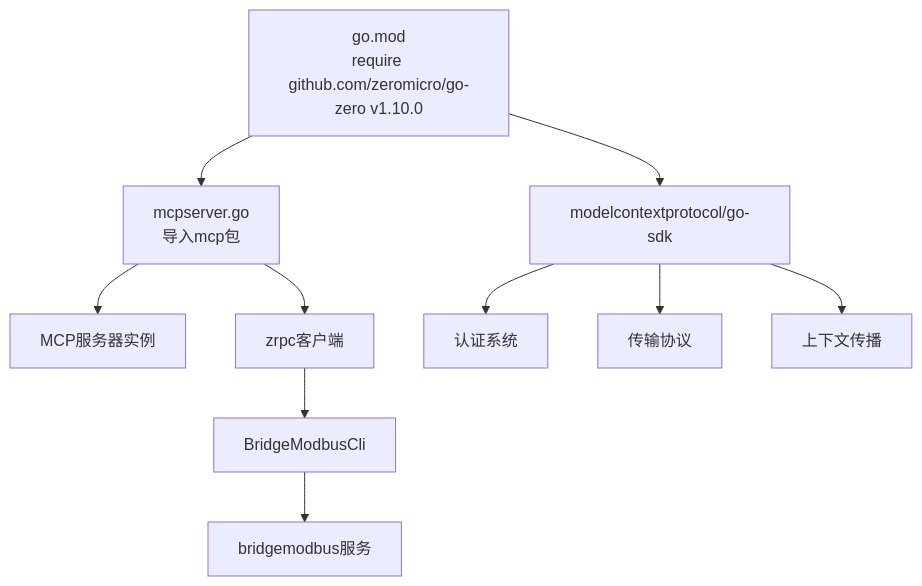
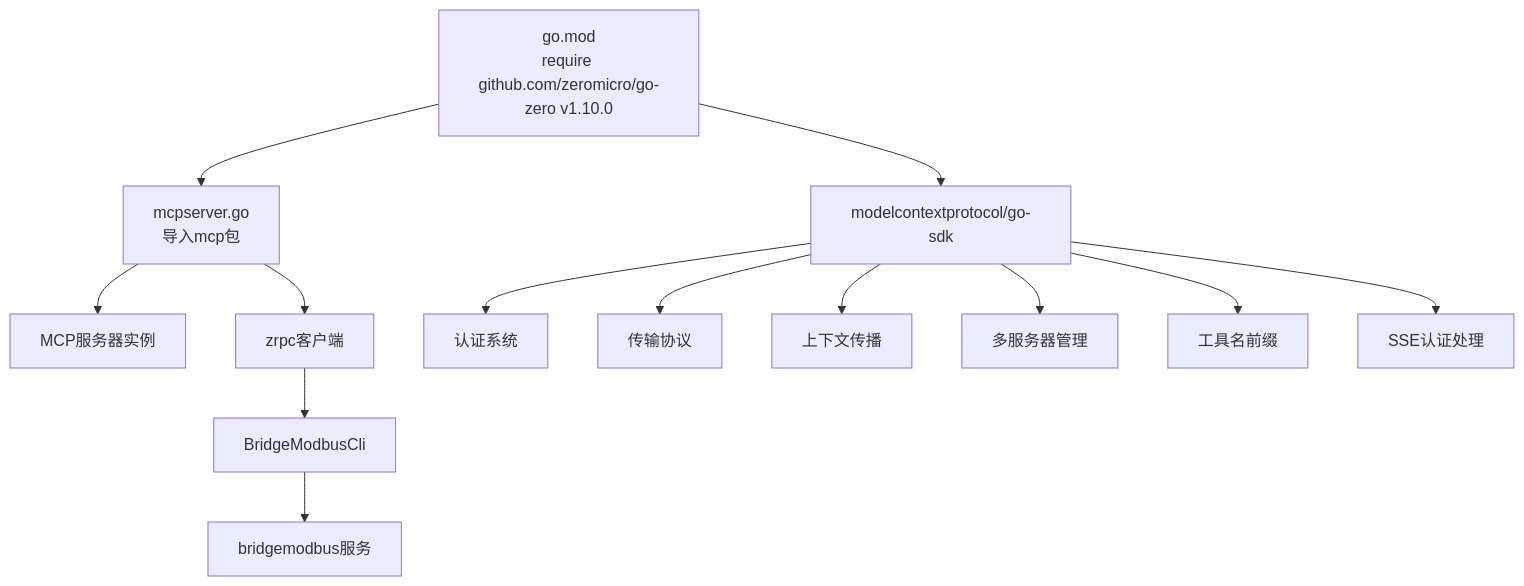
Before and after one commit to maomao94/zero-service: diagram 15 of 15 in .qoder/repowiki/zh/content/AI应用模块/MCP服务器.md, drawn with Mermaid. The commit also changed other lines of this file and 11 other files, not shown here.

````diff
--- a/.qoder/repowiki/zh/content/AI应用模块/MCP服务器.md
+++ b/.qoder/repowiki/zh/content/AI应用模块/MCP服务器.md
@@ -478,12 +695,15 @@
 ```mermaid
 graph TB
 M["go.mod<br/>require github.com/zeromicro/go-zero v1.10.0"] --> P["mcpserver.go<br/>导入mcp包"]
 P --> S["MCP服务器实例"]
 P --> Z["zrpc客户端"]
 Z --> B["BridgeModbusCli"]
 B --> BM["bridgemodbus服务"]
 M --> SDK["modelcontextprotocol/go-sdk"]
 SDK --> AUTH["认证系统"]
 SDK --> STREAM["传输协议"]
 SDK --> CTX["上下文传播"]
+SDK --> MSERVER["多服务器管理"]
+SDK --> PREFIX["工具名前缀"]
+SDK --> SSEAUTH["SSE认证处理"]
 ```
````
